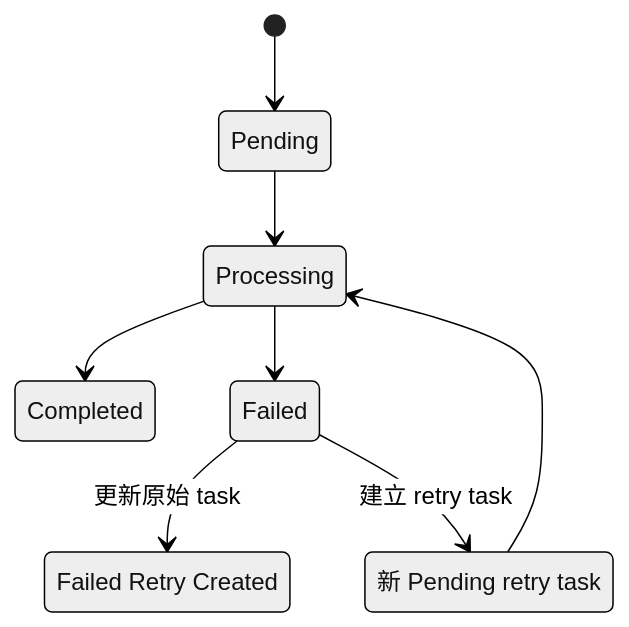
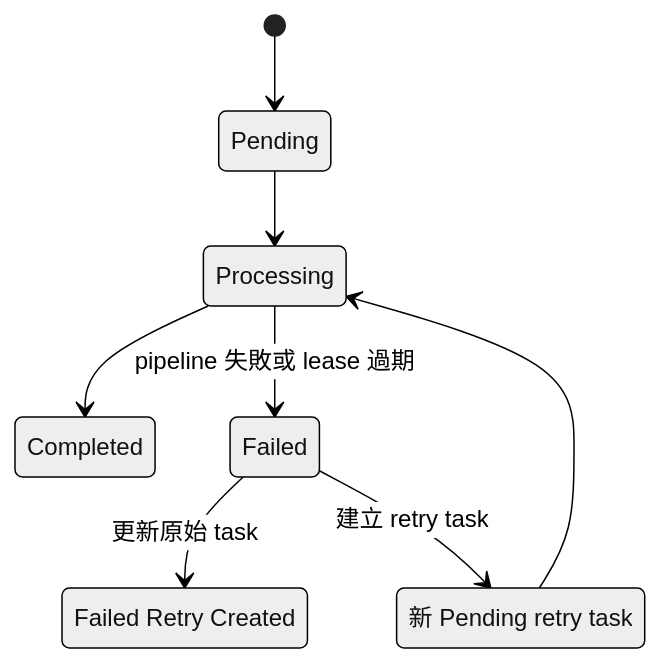
The diagram in openwiki/workflows/task-lifecycle.md (Rjiegit/youtube-transcript-summarizer), drawn with Mermaid (neutral theme) before and after one commit. The commit also changed other lines of this file and 31 other files, not shown here.

````diff
--- a/openwiki/workflows/task-lifecycle.md
+++ b/openwiki/workflows/task-lifecycle.md
@@ -52,12 +52,12 @@
 ```mermaid
 stateDiagram-v2
     [*] --> Pending
     Pending --> Processing
     Processing --> Completed
-    Processing --> Failed
+    Processing --> Failed: pipeline 失敗或 lease 過期
     Failed --> FailedRetryCreated: 更新原始 task
     Failed --> PendingRetryTask: 建立 retry task
     state "Failed Retry Created" as FailedRetryCreated
     state "新 Pending retry task" as PendingRetryTask
     PendingRetryTask --> Processing
 ```
````
